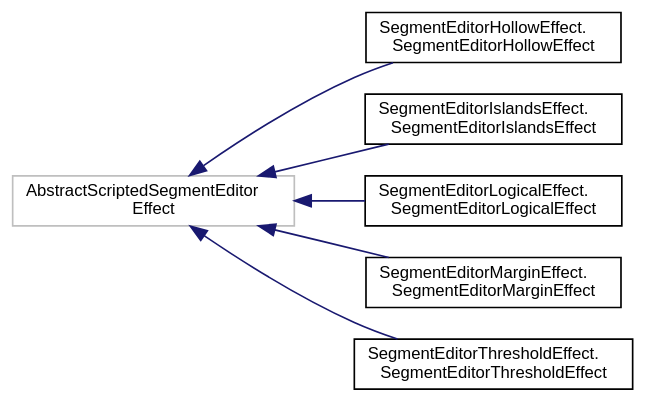
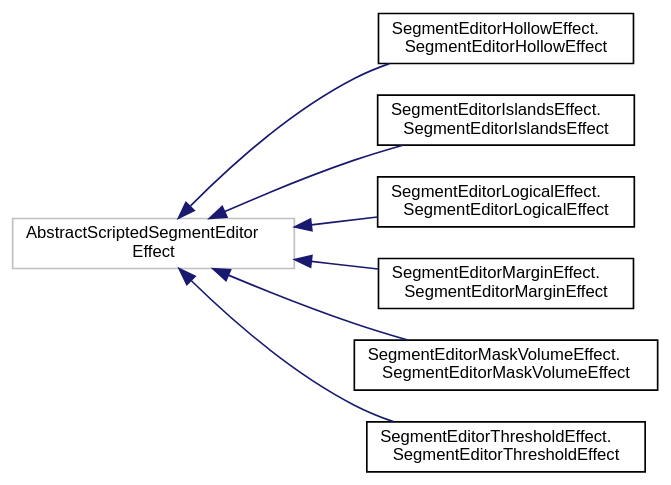
Before and after one commit to jamesobutler/apidocs.slicer.org: the diagram in master/inherit_graph_113.dot, drawn with Graphviz. The commit also changed 4422 other files, not shown here.

```diff
--- a/master/inherit_graph_113.dot
+++ b/master/inherit_graph_113.dot
@@ -1,18 +1,20 @@
 digraph "Graphical Class Hierarchy"
 {
   bgcolor="transparent";
   edge [fontname="Helvetica",fontsize="10",labelfontname="Helvetica",labelfontsize="10"];
   node [fontname="Helvetica",fontsize="10",shape=record];
   rankdir="LR";
   Node1088 [label="AbstractScriptedSegmentEditor\lEffect",height=0.2,width=0.4,color="grey75"];
   Node1088 -> Node0 [dir="back",color="midnightblue",fontsize="10",style="solid",fontname="Helvetica"];
   Node0 [label="SegmentEditorHollowEffect.\lSegmentEditorHollowEffect",height=0.2,width=0.4,color="black",URL="$classSegmentEditorHollowEffect_1_1SegmentEditorHollowEffect.html"];
   Node1088 -> Node1090 [dir="back",color="midnightblue",fontsize="10",style="solid",fontname="Helvetica"];
   Node1090 [label="SegmentEditorIslandsEffect.\lSegmentEditorIslandsEffect",height=0.2,width=0.4,color="black",URL="$classSegmentEditorIslandsEffect_1_1SegmentEditorIslandsEffect.html"];
   Node1088 -> Node1091 [dir="back",color="midnightblue",fontsize="10",style="solid",fontname="Helvetica"];
   Node1091 [label="SegmentEditorLogicalEffect.\lSegmentEditorLogicalEffect",height=0.2,width=0.4,color="black",URL="$classSegmentEditorLogicalEffect_1_1SegmentEditorLogicalEffect.html"];
   Node1088 -> Node1092 [dir="back",color="midnightblue",fontsize="10",style="solid",fontname="Helvetica"];
   Node1092 [label="SegmentEditorMarginEffect.\lSegmentEditorMarginEffect",height=0.2,width=0.4,color="black",URL="$classSegmentEditorMarginEffect_1_1SegmentEditorMarginEffect.html"];
   Node1088 -> Node1093 [dir="back",color="midnightblue",fontsize="10",style="solid",fontname="Helvetica"];
-  Node1093 [label="SegmentEditorThresholdEffect.\lSegmentEditorThresholdEffect",height=0.2,width=0.4,color="black",URL="$classSegmentEditorThresholdEffect_1_1SegmentEditorThresholdEffect.html"];
+  Node1093 [label="SegmentEditorMaskVolumeEffect.\lSegmentEditorMaskVolumeEffect",height=0.2,width=0.4,color="black",URL="$classSegmentEditorMaskVolumeEffect_1_1SegmentEditorMaskVolumeEffect.html"];
+  Node1088 -> Node1094 [dir="back",color="midnightblue",fontsize="10",style="solid",fontname="Helvetica"];
+  Node1094 [label="SegmentEditorThresholdEffect.\lSegmentEditorThresholdEffect",height=0.2,width=0.4,color="black",URL="$classSegmentEditorThresholdEffect_1_1SegmentEditorThresholdEffect.html"];
 }
```
